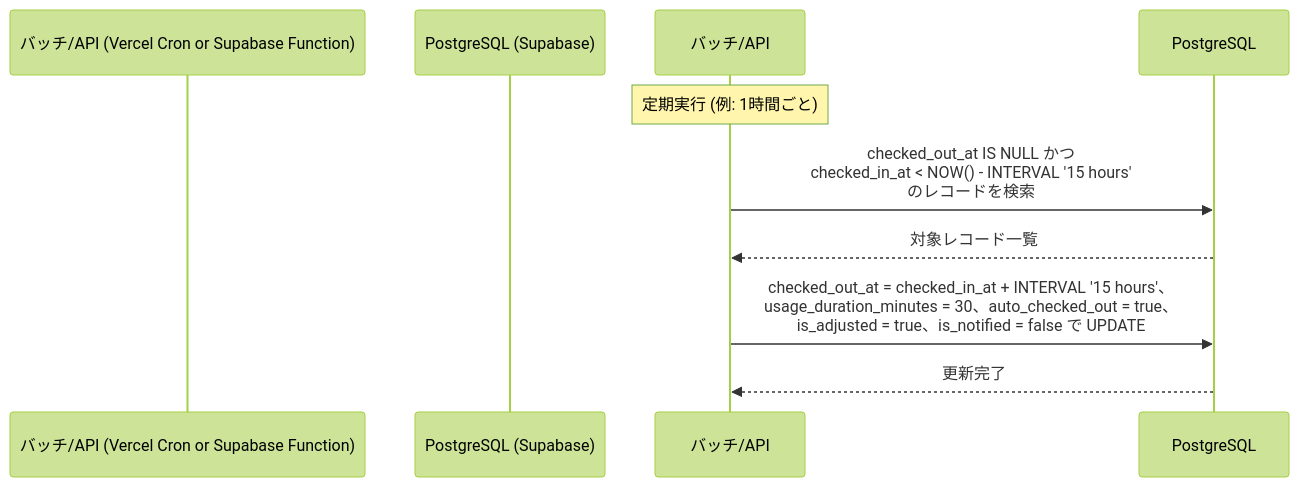
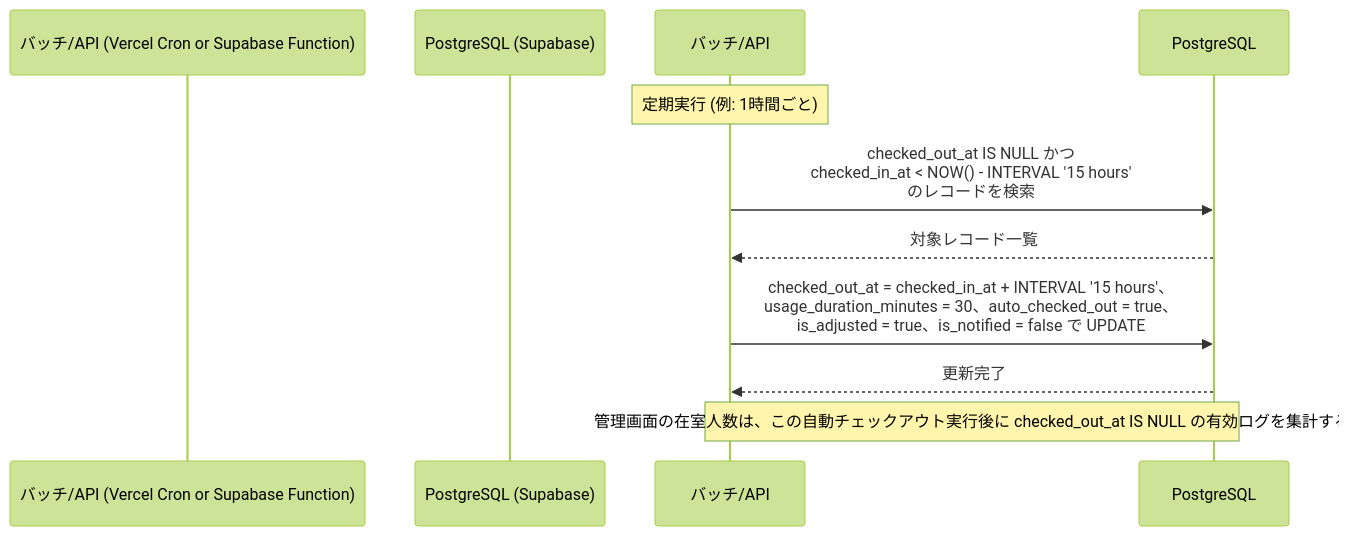
The fifth of 6 diagrams in doc/基本設計書.md (tachiyu1931-code/gym-reservation), drawn with Mermaid (forest theme) before and after one commit. The commit also changed other lines of this file and 12 other files, not shown here.

````diff
--- a/doc/基本設計書.md
+++ b/doc/基本設計書.md
@@ -147,11 +147,12 @@
 ```mermaid
 sequenceDiagram
     participant バッチ/API (Vercel Cron or Supabase Function)
     participant PostgreSQL (Supabase)
 
     Note over バッチ/API: 定期実行 (例: 1時間ごと)
     バッチ/API->>PostgreSQL: checked_out_at IS NULL かつ<br/>checked_in_at < NOW() - INTERVAL '15 hours'<br/>のレコードを検索
     PostgreSQL-->>バッチ/API: 対象レコード一覧
     バッチ/API->>PostgreSQL: checked_out_at = checked_in_at + INTERVAL '15 hours'、<br/>usage_duration_minutes = 30、auto_checked_out = true、<br/>is_adjusted = true、is_notified = false で UPDATE
     PostgreSQL-->>バッチ/API: 更新完了
+    Note over バッチ/API,PostgreSQL: 管理画面の在室人数は、この自動チェックアウト実行後に checked_out_at IS NULL の有効ログを集計する
 ```
````
